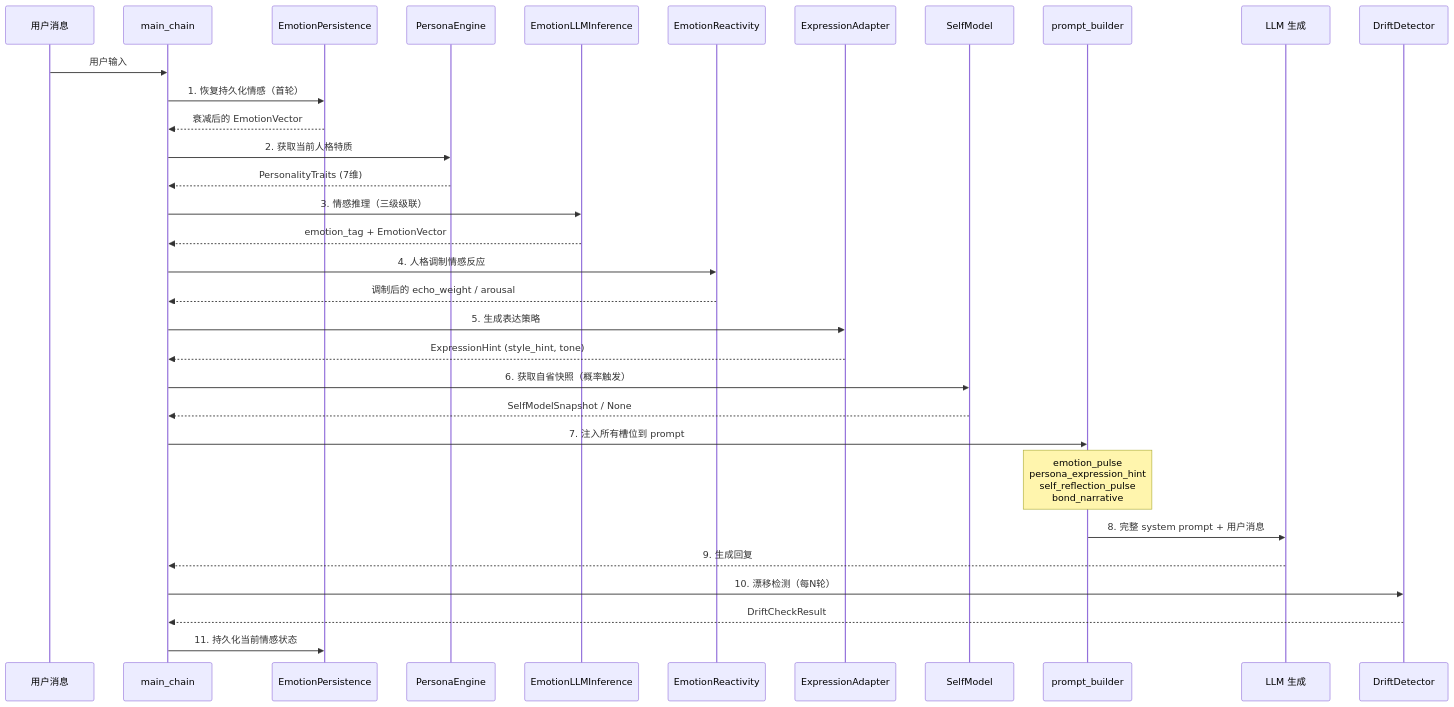
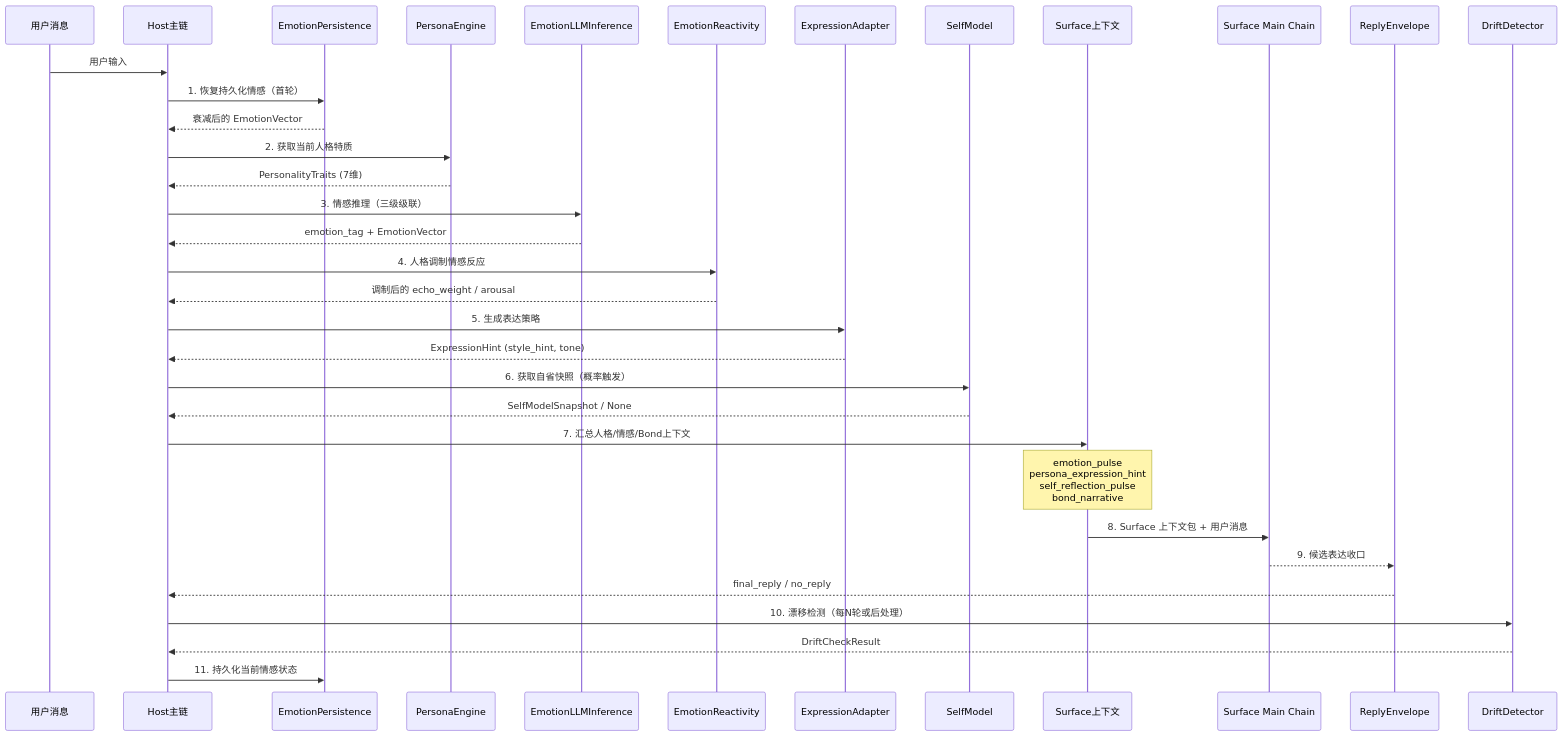
One commit to SakuraYoruno/Natsume_Ai changed the second of 2 diagrams in docs/15_theory/SOUL_SYSTEM_FULL_UPGRADE_PATH.md. Above: the diagram before and after it, drawn with Mermaid. The commit also changed other lines of this file and 23 other files, not shown here.

````diff
--- a/docs/15_theory/SOUL_SYSTEM_FULL_UPGRADE_PATH.md
+++ b/docs/15_theory/SOUL_SYSTEM_FULL_UPGRADE_PATH.md
@@ -557,35 +561,37 @@
 ```mermaid
 sequenceDiagram
     participant U as 用户消息
-    participant MC as main_chain
+    participant MC as Host主链
     participant EP as EmotionPersistence
     participant PE as PersonaEngine
     participant ELI as EmotionLLMInference
     participant ER as EmotionReactivity
     participant EA as ExpressionAdapter
     participant SM as SelfModel
-    participant PB as prompt_builder
-    participant LLM as LLM 生成
+    participant SC as Surface上下文
+    participant LLM as Surface Main Chain
+    participant RE as ReplyEnvelope
     participant DD as DriftDetector
 
     U->>MC: 用户输入
     MC->>EP: 1. 恢复持久化情感（首轮）
     EP-->>MC: 衰减后的 EmotionVector
     MC->>PE: 2. 获取当前人格特质
     PE-->>MC: PersonalityTraits (7维)
     MC->>ELI: 3. 情感推理（三级级联）
     ELI-->>MC: emotion_tag + EmotionVector
     MC->>ER: 4. 人格调制情感反应
     ER-->>MC: 调制后的 echo_weight / arousal
     MC->>EA: 5. 生成表达策略
     EA-->>MC: ExpressionHint (style_hint, tone)
     MC->>SM: 6. 获取自省快照（概率触发）
     SM-->>MC: SelfModelSnapshot / None
-    MC->>PB: 7. 注入所有槽位到 prompt
-    Note over PB: emotion_pulse<br/>persona_expression_hint<br/>self_reflection_pulse<br/>bond_narrative
-    PB->>LLM: 8. 完整 system prompt + 用户消息
-    LLM-->>MC: 9. 生成回复
-    MC->>DD: 10. 漂移检测（每N轮）
+    MC->>SC: 7. 汇总人格/情感/Bond上下文
+    Note over SC: emotion_pulse<br/>persona_expression_hint<br/>self_reflection_pulse<br/>bond_narrative
+    SC->>LLM: 8. Surface 上下文包 + 用户消息
+    LLM-->>RE: 9. 候选表达收口
+    RE-->>MC: final_reply / no_reply
+    MC->>DD: 10. 漂移检测（每N轮或后处理）
     DD-->>MC: DriftCheckResult
     MC->>EP: 11. 持久化当前情感状态
 ```
````
